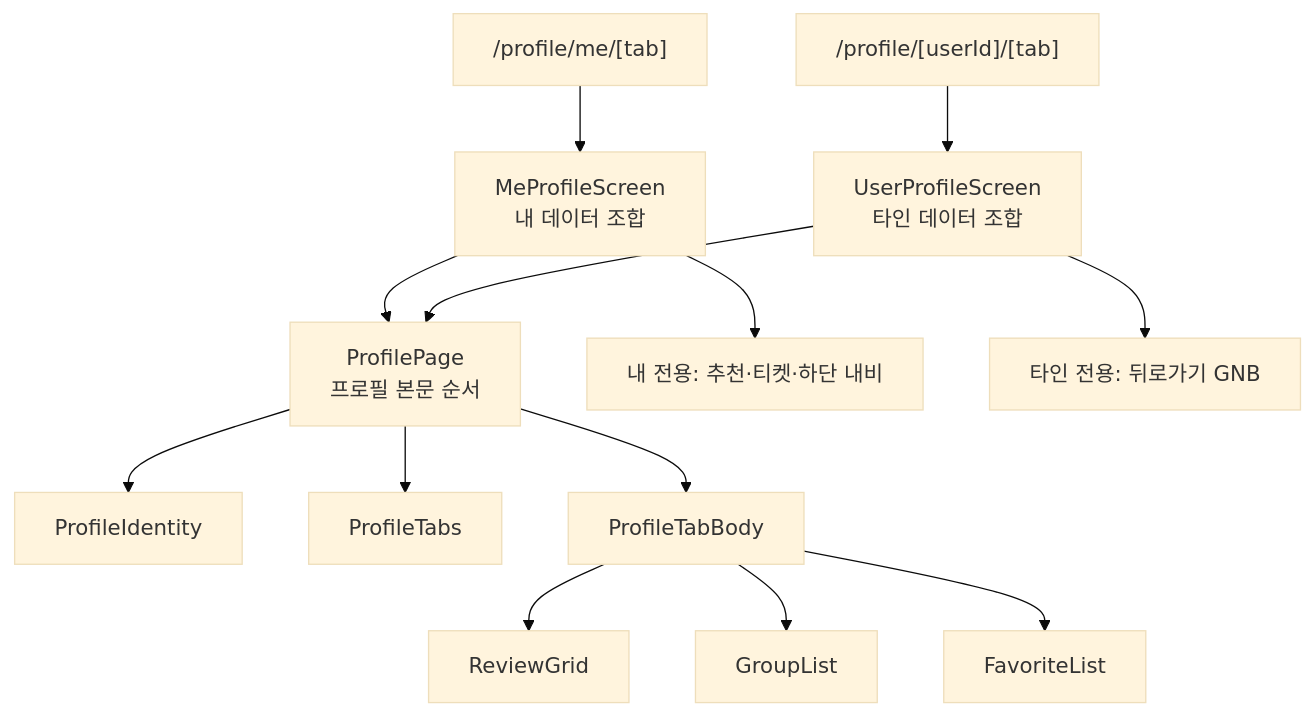
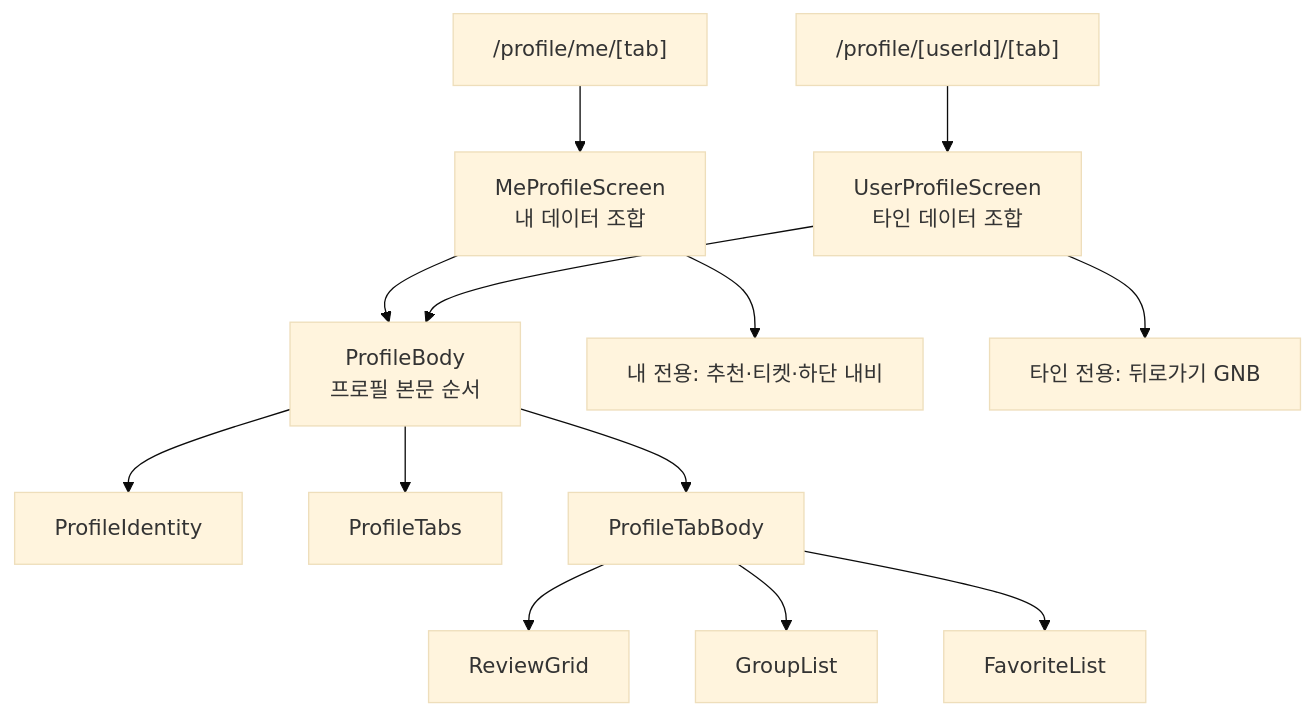
Before and after one commit to mash-up-kr/TMT-FE: the first of 4 diagrams in docs/profile-flow-design.md, drawn with Mermaid (base theme). The commit also changed other lines of this file and 27 other files, not shown here.

````diff
--- a/docs/profile-flow-design.md
+++ b/docs/profile-flow-design.md
@@ -112,15 +112,15 @@
 ```mermaid
 flowchart TD
     ME["/profile/me/[tab]"] --> MS["MeProfileScreen<br/>내 데이터 조합"]
     USER["/profile/[userId]/[tab]"] --> US["UserProfileScreen<br/>타인 데이터 조합"]
-    MS --> PP["ProfilePage<br/>프로필 본문 순서"]
+    MS --> PP["ProfileBody<br/>프로필 본문 순서"]
     US --> PP
     PP --> ID["ProfileIdentity"]
     PP --> TAB["ProfileTabs"]
     PP --> BODY["ProfileTabBody"]
     BODY --> REV["ReviewGrid"]
     BODY --> GROUP["GroupList"]
     BODY --> FAV["FavoriteList"]
     MS --> SELF["내 전용: 추천·티켓·하단 내비"]
     US --> OTHER["타인 전용: 뒤로가기 GNB"]
 ```
````
